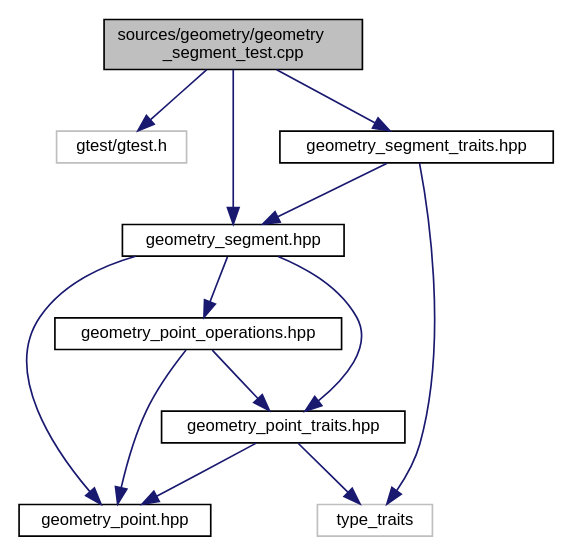
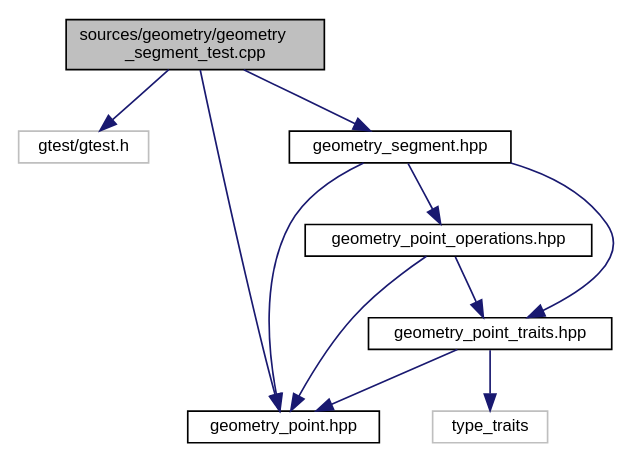
One commit to eliogovea/dev-env-cpp changed the diagram in geometry/documentation/geometry__segment__test_8cpp__incl.dot. Above: the diagram before and after it, drawn with Graphviz. The commit also changed 148 other files, not shown here.

```diff
--- a/geometry/documentation/geometry__segment__test_8cpp__incl.dot
+++ b/geometry/documentation/geometry__segment__test_8cpp__incl.dot
@@ -1,26 +1,23 @@
 digraph "sources/geometry/geometry_segment_test.cpp"
 {
  // LATEX_PDF_SIZE
   edge [fontname="Helvetica",fontsize="10",labelfontname="Helvetica",labelfontsize="10"];
   node [fontname="Helvetica",fontsize="10",shape=record];
   Node1 [label="sources/geometry/geometry\l_segment_test.cpp",height=0.2,width=0.4,color="black", fillcolor="grey75", style="filled", fontcolor="black",tooltip=" "];
   Node1 -> Node2 [color="midnightblue",fontsize="10",style="solid",fontname="Helvetica"];
   Node2 [label="gtest/gtest.h",height=0.2,width=0.4,color="grey75", fillcolor="white", style="filled",tooltip=" "];
   Node1 -> Node3 [color="midnightblue",fontsize="10",style="solid",fontname="Helvetica"];
-  Node3 [label="geometry_segment.hpp",height=0.2,width=0.4,color="black", fillcolor="white", style="filled",URL="$geometry__segment_8hpp.html",tooltip=" "];
-  Node3 -> Node4 [color="midnightblue",fontsize="10",style="solid",fontname="Helvetica"];
-  Node4 [label="geometry_point.hpp",height=0.2,width=0.4,color="black", fillcolor="white", style="filled",URL="$geometry__point_8hpp.html",tooltip=" "];
-  Node3 -> Node5 [color="midnightblue",fontsize="10",style="solid",fontname="Helvetica"];
+  Node3 [label="geometry_point.hpp",height=0.2,width=0.4,color="black", fillcolor="white", style="filled",URL="$geometry__point_8hpp.html",tooltip=" "];
+  Node1 -> Node4 [color="midnightblue",fontsize="10",style="solid",fontname="Helvetica"];
+  Node4 [label="geometry_segment.hpp",height=0.2,width=0.4,color="black", fillcolor="white", style="filled",URL="$geometry__segment_8hpp.html",tooltip=" "];
+  Node4 -> Node3 [color="midnightblue",fontsize="10",style="solid",fontname="Helvetica"];
+  Node4 -> Node5 [color="midnightblue",fontsize="10",style="solid",fontname="Helvetica"];
   Node5 [label="geometry_point_operations.hpp",height=0.2,width=0.4,color="black", fillcolor="white", style="filled",URL="$geometry__point__operations_8hpp.html",tooltip=" "];
-  Node5 -> Node4 [color="midnightblue",fontsize="10",style="solid",fontname="Helvetica"];
+  Node5 -> Node3 [color="midnightblue",fontsize="10",style="solid",fontname="Helvetica"];
   Node5 -> Node6 [color="midnightblue",fontsize="10",style="solid",fontname="Helvetica"];
   Node6 [label="geometry_point_traits.hpp",height=0.2,width=0.4,color="black", fillcolor="white", style="filled",URL="$geometry__point__traits_8hpp.html",tooltip=" "];
   Node6 -> Node7 [color="midnightblue",fontsize="10",style="solid",fontname="Helvetica"];
   Node7 [label="type_traits",height=0.2,width=0.4,color="grey75", fillcolor="white", style="filled",tooltip=" "];
-  Node6 -> Node4 [color="midnightblue",fontsize="10",style="solid",fontname="Helvetica"];
-  Node3 -> Node6 [color="midnightblue",fontsize="10",style="solid",fontname="Helvetica"];
-  Node1 -> Node8 [color="midnightblue",fontsize="10",style="solid",fontname="Helvetica"];
-  Node8 [label="geometry_segment_traits.hpp",height=0.2,width=0.4,color="black", fillcolor="white", style="filled",URL="$geometry__segment__traits_8hpp.html",tooltip=" "];
-  Node8 -> Node7 [color="midnightblue",fontsize="10",style="solid",fontname="Helvetica"];
-  Node8 -> Node3 [color="midnightblue",fontsize="10",style="solid",fontname="Helvetica"];
+  Node6 -> Node3 [color="midnightblue",fontsize="10",style="solid",fontname="Helvetica"];
+  Node4 -> Node6 [color="midnightblue",fontsize="10",style="solid",fontname="Helvetica"];
 }
```
